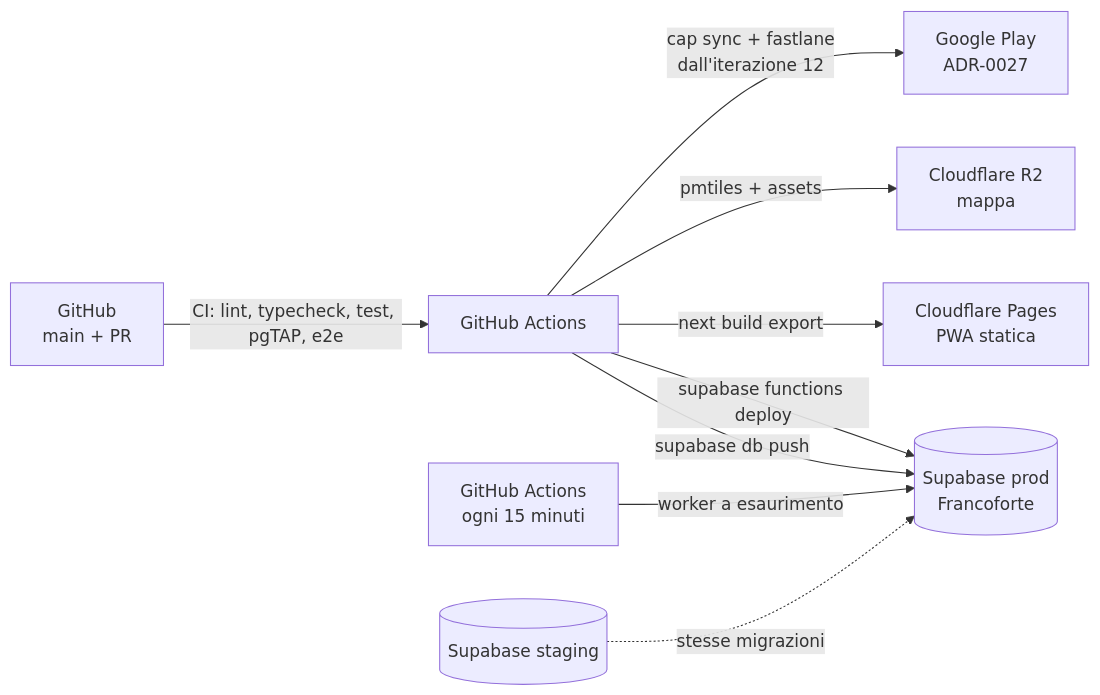
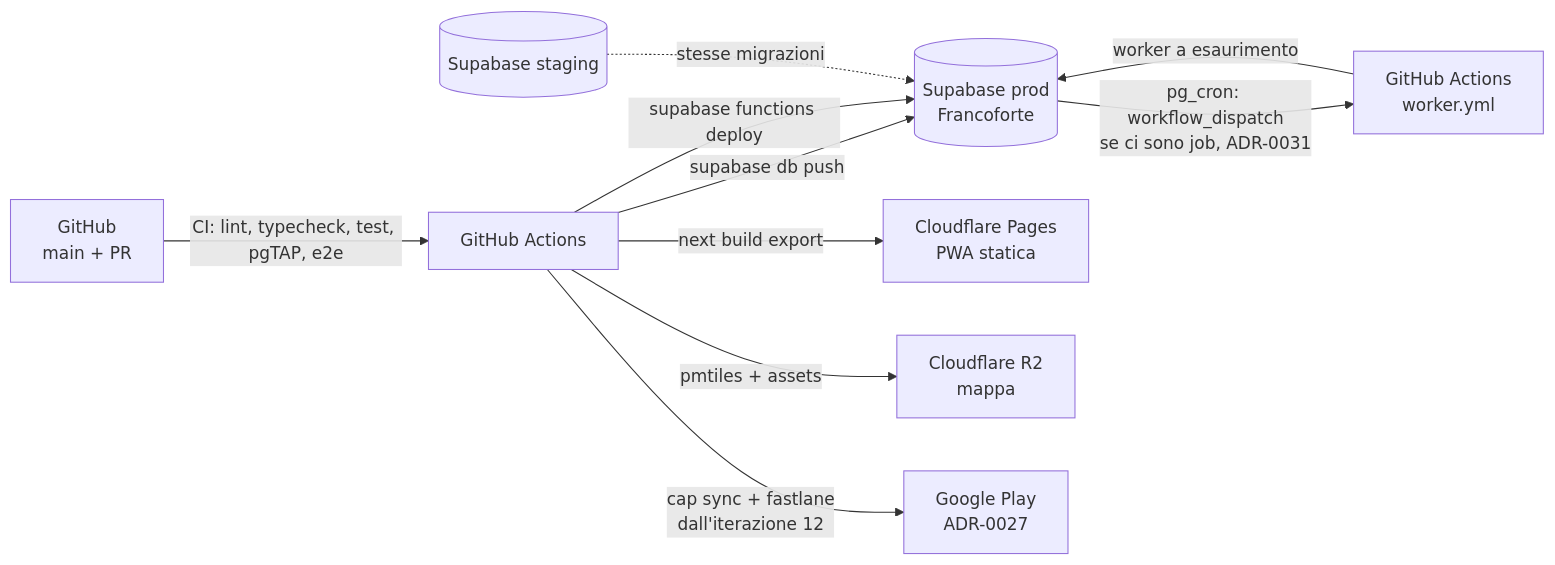
Before and after one commit to MatteoParrella/noxa: the ninth of 9 diagrams in docs/ARCHITECTURE.md, drawn with Mermaid. The commit also changed other lines of this file and 10 other files, not shown here.

Commit message:
sveglia il worker da pg_cron con workflow_dispatch quando ci sono job

````diff
--- a/docs/ARCHITECTURE.md
+++ b/docs/ARCHITECTURE.md
@@ -398,11 +398,12 @@
 ```mermaid
 flowchart LR
     GH[GitHub<br/>main + PR] -->|CI: lint, typecheck, test, pgTAP, e2e| CI[GitHub Actions]
     CI -->|supabase db push| SBP[(Supabase prod<br/>Francoforte)]
     CI -->|supabase functions deploy| SBP
     CI -->|next build export| CFP[Cloudflare Pages<br/>PWA statica]
     CI -->|pmtiles + assets| R2[Cloudflare R2<br/>mappa]
-    CRONGH[GitHub Actions<br/>ogni 15 minuti] -->|worker a esaurimento| SBP
+    SBP -->|pg_cron: workflow_dispatch<br/>se ci sono job, ADR-0031| CRONGH[GitHub Actions<br/>worker.yml]
+    CRONGH -->|worker a esaurimento| SBP
     CI -->|cap sync + fastlane<br/>dall'iterazione 12| STORE[Google Play<br/>ADR-0027]
     SBS[(Supabase staging)] -.stesse migrazioni.-> SBP
 ```
````
